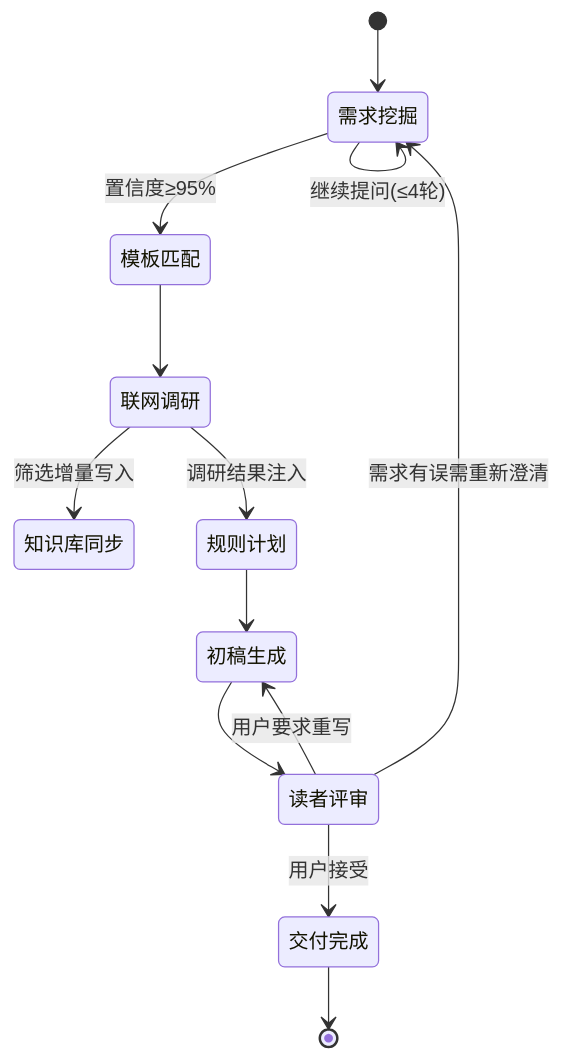
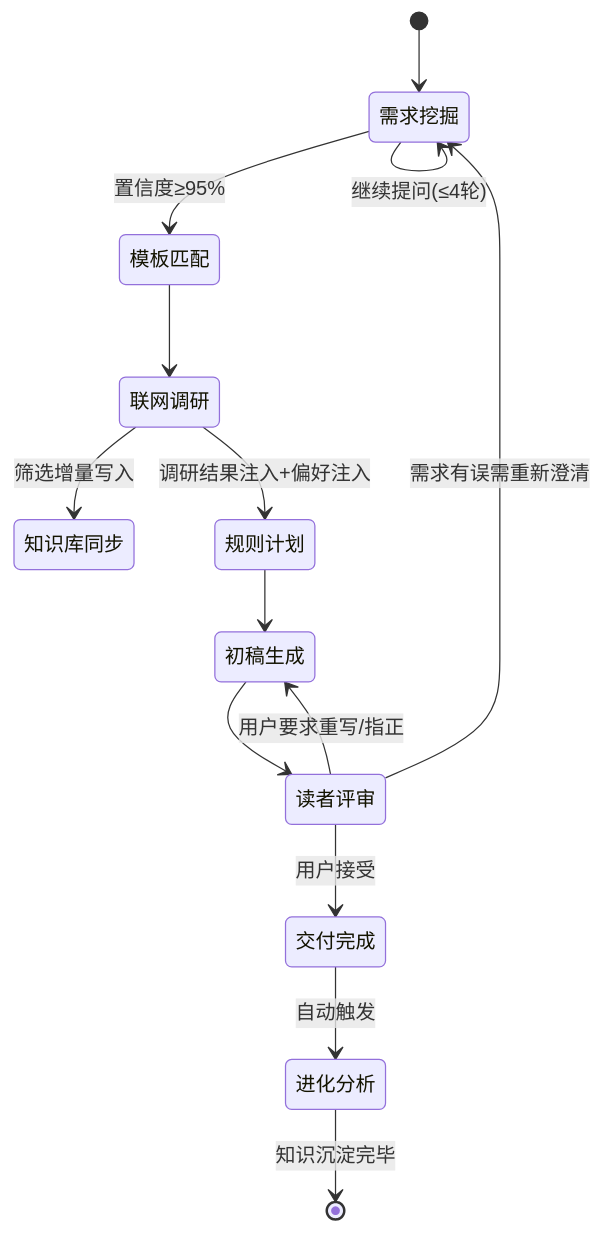
One commit to sallyface0/writing-triadic changed the second of 2 diagrams in SKILL.md. Above: the diagram before and after it, drawn with Mermaid. The commit also changed other lines of this file and 7 other files, not shown here.

````diff
--- a/SKILL.md
+++ b/SKILL.md
@@ -50,15 +58,16 @@
 ```mermaid
 stateDiagram-v2
     [*] --> 需求挖掘
     需求挖掘 --> 需求挖掘: 继续提问(≤4轮)
     需求挖掘 --> 模板匹配: 置信度≥95%
     模板匹配 --> 联网调研
     联网调研 --> 知识库同步: 筛选增量写入
-    联网调研 --> 规则计划: 调研结果注入
+    联网调研 --> 规则计划: 调研结果注入+偏好注入
     规则计划 --> 初稿生成
     初稿生成 --> 读者评审
     读者评审 --> 交付完成: 用户接受
-    读者评审 --> 初稿生成: 用户要求重写
+    读者评审 --> 初稿生成: 用户要求重写/指正
     读者评审 --> 需求挖掘: 需求有误需重新澄清
-    交付完成 --> [*]
+    交付完成 --> 进化分析: 自动触发
+    进化分析 --> [*]: 知识沉淀完毕
 ```
````
